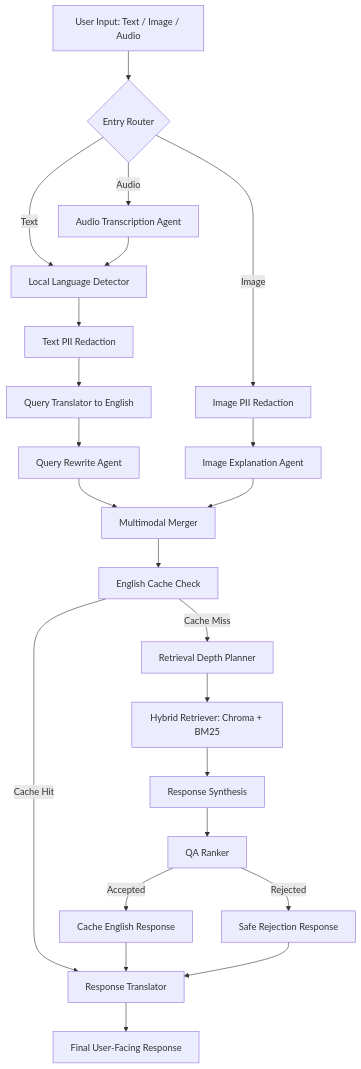
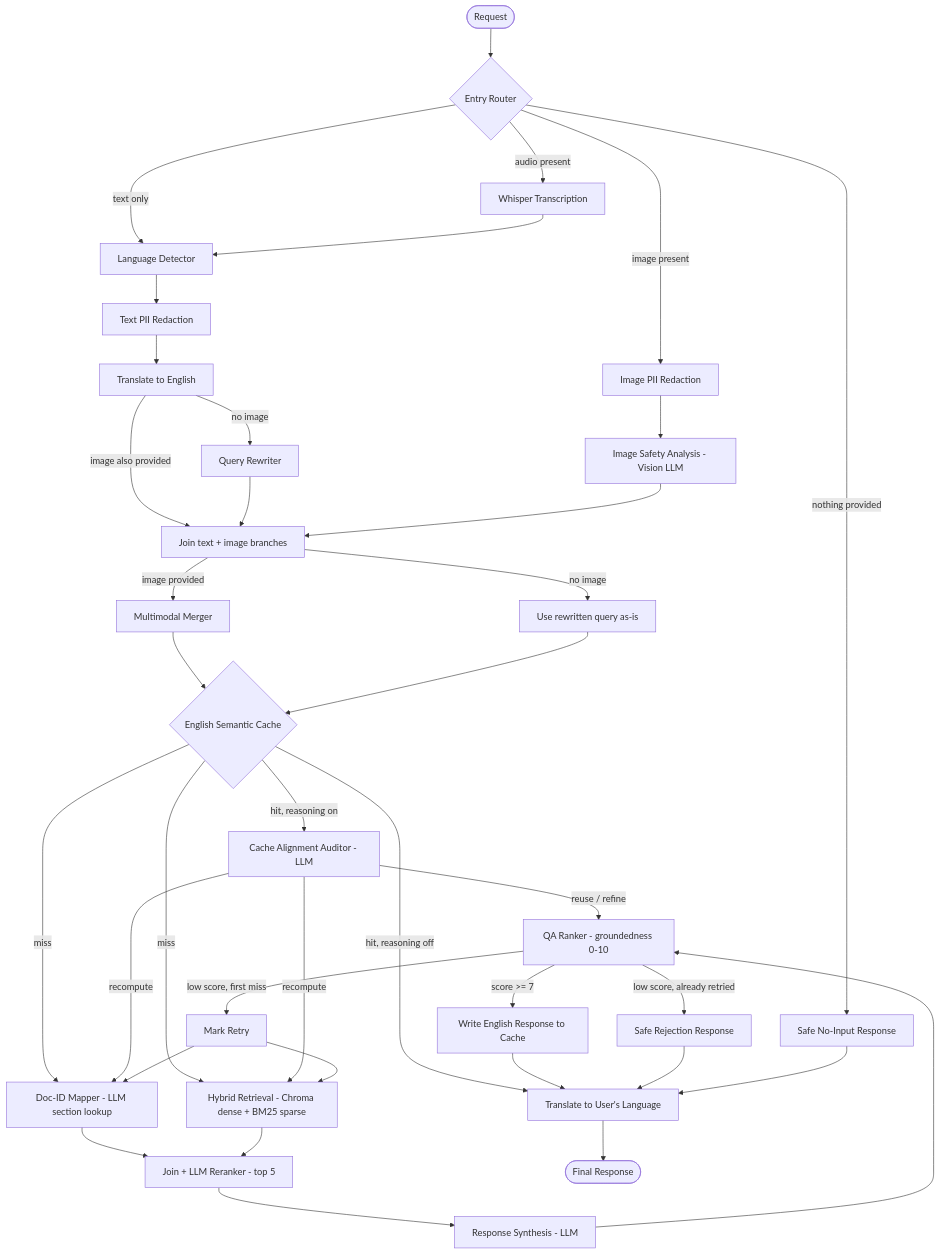
Before and after one commit to ramhany-coder/Advanced-multi-model-Safety-Eng.-RAG-project: the diagram in README.md, drawn with Mermaid. The commit also changed other lines of this file and 37 other files, not shown here.

````diff
--- a/README.md
+++ b/README.md
@@ -156,37 +84,50 @@
 ```mermaid
 flowchart TD
-    A[User Input: Text / Image / Audio] --> B{Entry Router}
+    START([Request]) --> ROUTER{Entry Router}
 
-    B -->|Text| C[Local Language Detector]
-    B -->|Audio| A1[Audio Transcription Agent]
-    B -->|Image| I1[Image PII Redaction]
+    ROUTER -->|text only| LANG[Language Detector]
+    ROUTER -->|audio present| AUDIO[Whisper Transcription]
+    ROUTER -->|image present| IMGPII[Image PII Redaction]
+    ROUTER -->|nothing provided| NOINPUT[Safe No-Input Response]
 
-    A1 --> C
-    C --> D[Text PII Redaction]
-    D --> E[Query Translator to English]
-    E --> F[Query Rewrite Agent]
+    AUDIO --> LANG
+    LANG --> TEXTPII[Text PII Redaction]
+    TEXTPII --> TRANS[Translate to English]
+    TRANS -->|no image| REWRITE[Query Rewriter]
+    TRANS -->|image also provided| JOIN
+    REWRITE --> JOIN[Join text + image branches]
 
-    I1 --> I2[Image Explanation Agent]
+    IMGPII --> IMGEXP[Image Safety Analysis - Vision LLM]
+    IMGEXP --> JOIN
 
-    F --> G[Multimodal Merger]
-    I2 --> G
+    JOIN -->|image provided| MERGE[Multimodal Merger]
+    JOIN -->|no image| SKIPMERGE[Use rewritten query as-is]
 
-    G --> H[English Cache Check]
+    MERGE --> CACHE{English Semantic Cache}
+    SKIPMERGE --> CACHE
 
-    H -->|Cache Hit| T[Response Translator]
-    H -->|Cache Miss| R[Retrieval Depth Planner]
+    CACHE -->|hit, reasoning off| RESPTRANS
+    CACHE -->|hit, reasoning on| CACHEREASON[Cache Alignment Auditor - LLM]
+    CACHE -->|miss| DOCID[Doc-ID Mapper - LLM section lookup]
+    CACHE -->|miss| RETRIEVE[Hybrid Retrieval - Chroma dense + BM25 sparse]
 
-    R --> S[Hybrid Retriever: Chroma + BM25]
+    CACHEREASON -->|reuse / refine| RANKER
+    CACHEREASON -->|recompute| DOCID
+    CACHEREASON -->|recompute| RETRIEVE
 
-    S --> X[Response Synthesis]
+    DOCID --> RERANK[Join + LLM Reranker - top 5]
+    RETRIEVE --> RERANK
+    RERANK --> RESPOND[Response Synthesis - LLM]
+    RESPOND --> RANKER[QA Ranker - groundedness 0-10]
 
-    X --> Q[QA Ranker]
+    RANKER -->|score >= 7| CACHEWRITE[Write English Response to Cache]
+    RANKER -->|low score, first miss| RETRY[Mark Retry]
+    RETRY --> DOCID
+    RETRY --> RETRIEVE
+    RANKER -->|low score, already retried| REJECT[Safe Rejection Response]
 
-    Q -->|Accepted| C1[Cache English Response]
-    Q -->|Rejected| F1[Safe Rejection Response]
-
-    C1 --> T
-    F1 --> T
-
-    T --> Z[Final User-Facing Response]
+    CACHEWRITE --> RESPTRANS[Translate to User's Language]
+    REJECT --> RESPTRANS
+    NOINPUT --> RESPTRANS
+    RESPTRANS --> DONE([Final Response])
 ```
````
